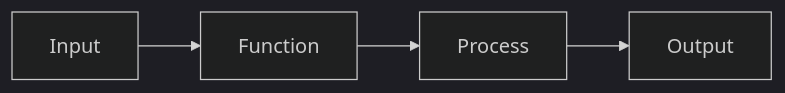
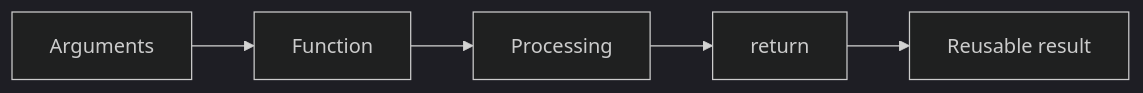
One commit to DIALVEBE/DataScienceProgramming changed the eighth of 11 diagrams in sessions/session-01_en.md. Above: the diagram before and after it, drawn with Mermaid (dark theme). The commit also changed other lines of this file and 9 other files, not shown here.

````diff
--- a/sessions/session-01_en.md
+++ b/sessions/session-01_en.md
@@ -476,6 +656,7 @@
 ```mermaid
 flowchart LR
-    I[Input] --> F[Function]
-    F --> P[Process]
-    P --> O[Output]
+    A[Arguments] --> B[Function]
+    B --> C[Processing]
+    C --> D[return]
+    D --> E[Reusable result]
 ```
````
